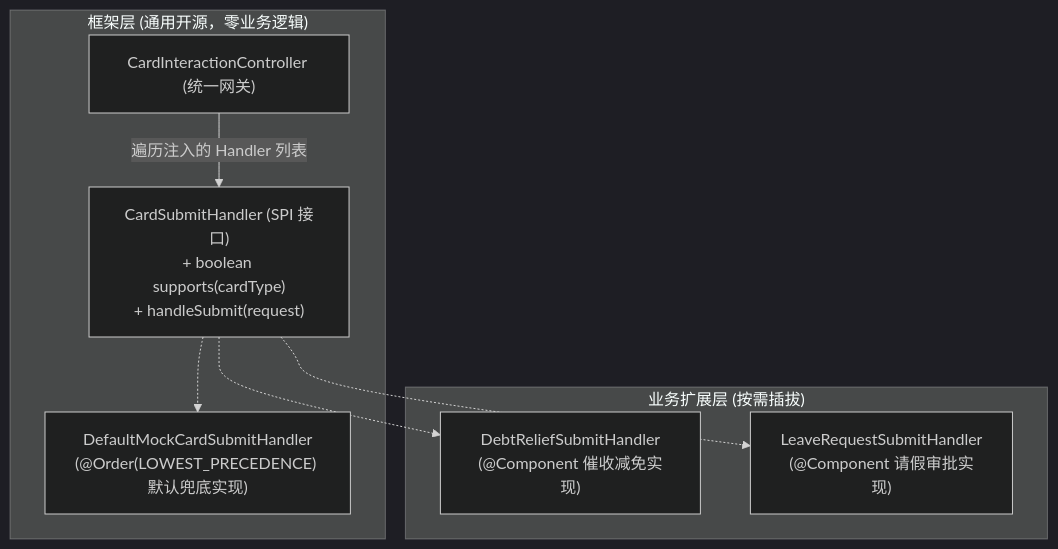
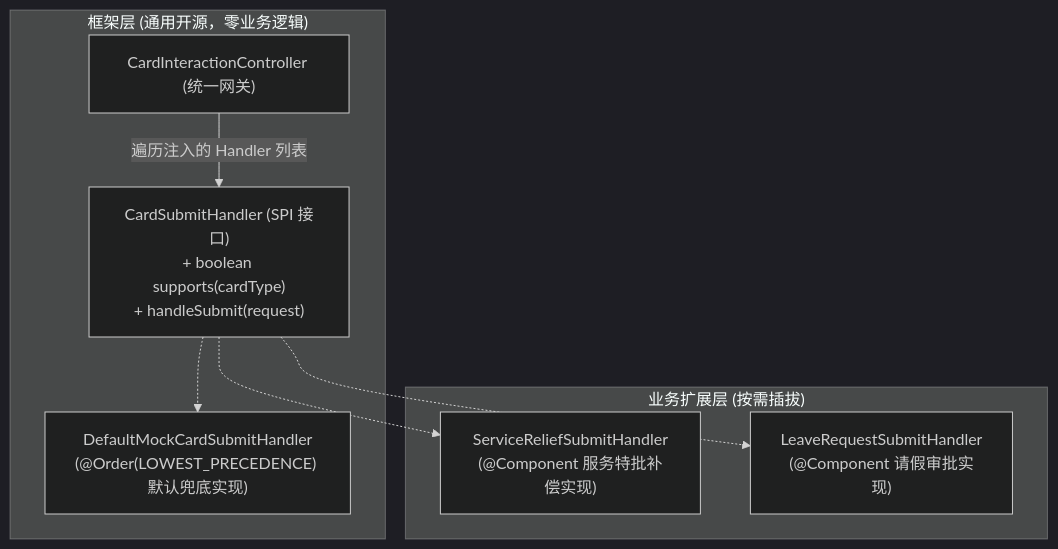
One commit to 1264585648/spring-ai-agentflow changed the diagram in docs/handbook/02-为什么不能用if-else做业务分流？基于Spring实现优雅的微内核SPI.md. Above: the diagram before and after it, drawn with Mermaid (dark theme). The commit also changed other lines of this file and 31 other files, not shown here.

````diff
--- a/docs/handbook/02-为什么不能用if-else做业务分流？基于Spring实现优雅的微内核SPI.md
+++ b/docs/handbook/02-为什么不能用if-else做业务分流？基于Spring实现优雅的微内核SPI.md
@@ -38,18 +38,18 @@
 ```mermaid
 flowchart TD
     subgraph 框架微内核 ["框架层 (通用开源，零业务逻辑)"]
         Controller["CardInteractionController (统一网关)"]
         Interface["CardSubmitHandler (SPI 接口)<br/>+ boolean supports(cardType)<br/>+ handleSubmit(request)"]
         DefaultMock["DefaultMockCardSubmitHandler<br/>(@Order(LOWEST_PRECEDENCE) 默认兜底实现)"]
     end
 
     subgraph 业务插件层 ["业务扩展层 (按需插拔)"]
-        BizA["DebtReliefSubmitHandler<br/>(@Component 催收减免实现)"]
+        BizA["ServiceReliefSubmitHandler<br/>(@Component 服务特批补偿实现)"]
         BizB["LeaveRequestSubmitHandler<br/>(@Component 请假审批实现)"]
     end
 
     Controller -->|遍历注入的 Handler 列表| Interface
     Interface -.-> DefaultMock
     Interface -.-> BizA
     Interface -.-> BizB
 ```
````
